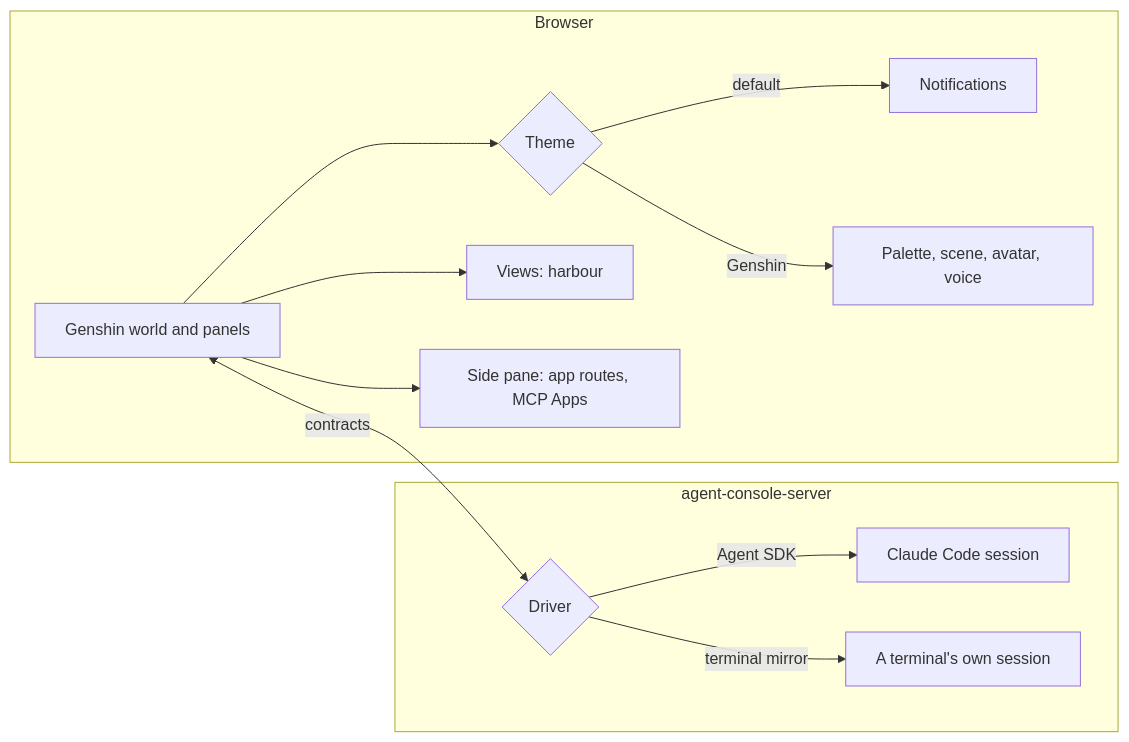
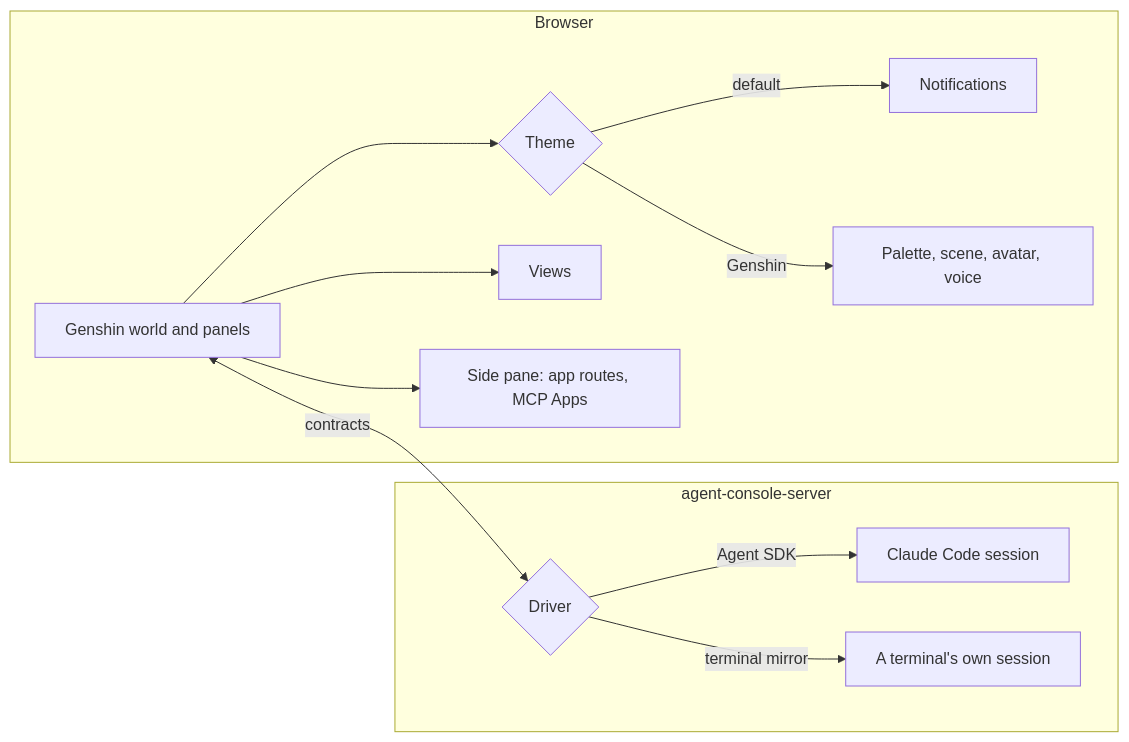
One commit to Esposter/Esposter changed the first of 2 diagrams in apps/web/content/docs/proposals/infra/agent-console/index.md. Above: the diagram before and after it, drawn with Mermaid. The commit also changed other lines of this file and 51 other files, not shown here.

````diff
--- a/apps/web/content/docs/proposals/infra/agent-console/index.md
+++ b/apps/web/content/docs/proposals/infra/agent-console/index.md
@@ -27,15 +27,15 @@
 ```mermaid
 flowchart LR
   subgraph Browser
     W[Genshin world and panels] --> T{Theme}
     T -->|default| N[Notifications]
     T -->|Genshin| G[Palette, scene, avatar, voice]
-    W --> V[Views: harbour]
+    W --> V[Views]
     W --> X[Side pane: app routes, MCP Apps]
   end
   subgraph Host[agent-console-server]
     D{Driver} -->|Agent SDK| C[Claude Code session]
     D -->|terminal mirror| M[A terminal's own session]
   end
   W <-->|contracts| D
 ```
````
